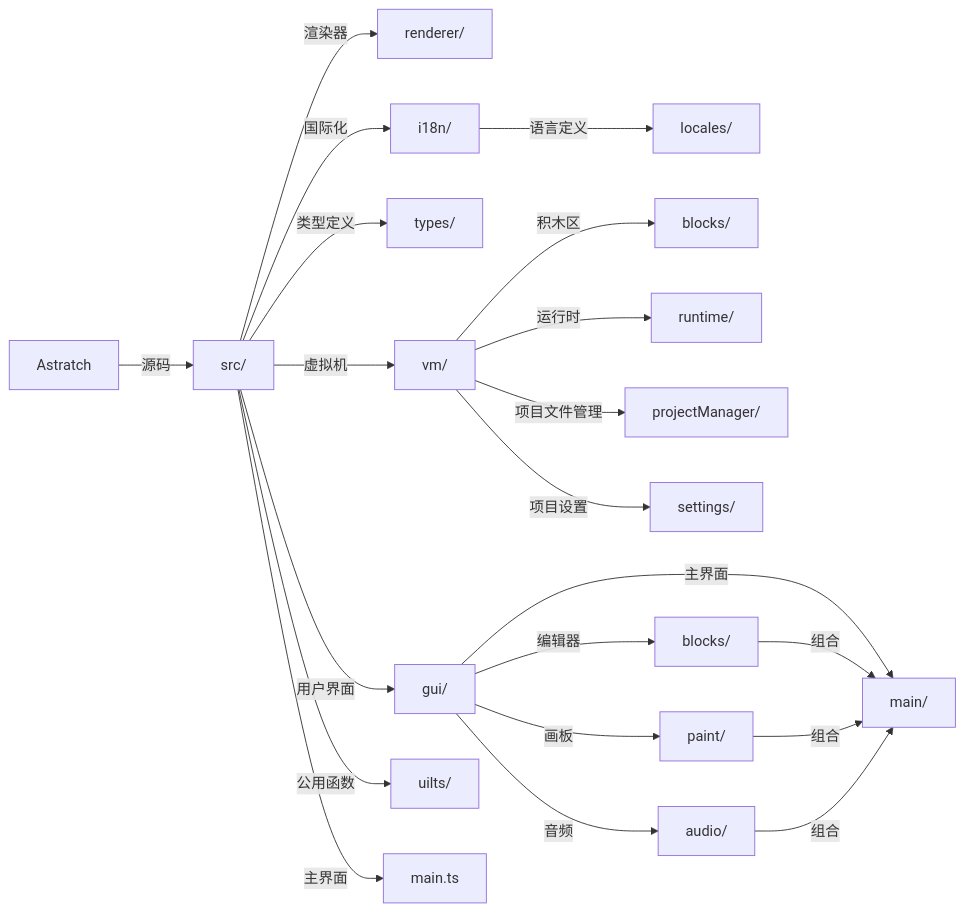
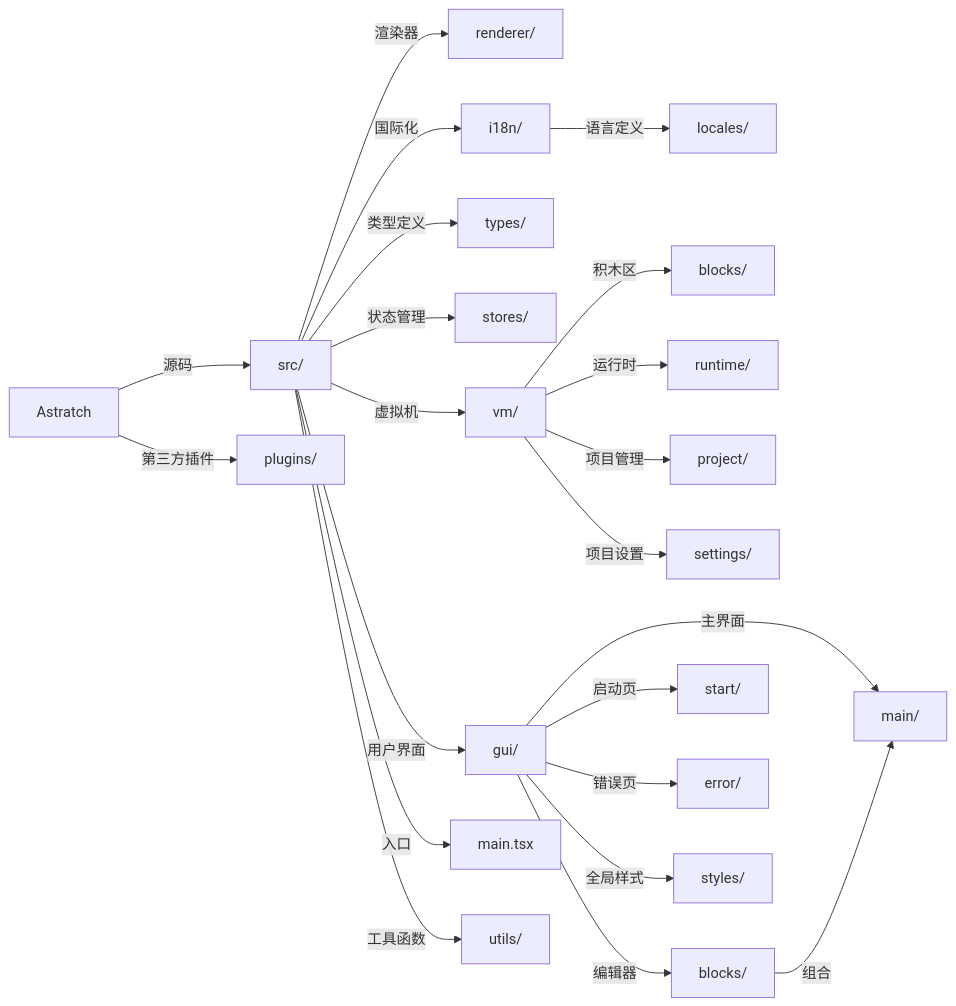
One commit to TheAstrasTeam/Astratch changed the diagram in README.md. Above: the diagram before and after it, drawn with Mermaid. The commit also changed other lines of this file and 93 other files, not shown here.

````diff
--- a/README.md
+++ b/README.md
@@ -42,28 +49,30 @@
 ```mermaid
 graph LR
         A[Astratch]
 
         A --> |源码|B[src/]
 
         B --> |渲染器|C[renderer/]
         B --> |国际化|O[i18n/]
         B --> |类型定义|TP[types/]
+        B --> |状态管理|ST[stores/]
 
         O --> |语言定义| LD[locales/]
 
         B --> |虚拟机|D[vm/]
         D --> |积木区|BLK[blocks/]
         D --> |运行时|RUNTIME[runtime/]
-        D --> |项目文件管理|PM[projectManager/]
+        D --> |项目管理|PM[project/]
         D --> |项目设置|PS[settings/]
         B --> |用户界面|E[gui/]
         E --> |主界面|K[main/]
         E --> |编辑器|G[blocks/]
-        E --> |画板|H[paint/]
-        E --> |音频|I[audio/]
+        E --> |启动页|START[start/]
+        E --> |错误页|ERR[error/]
+        E --> |全局样式|STY[styles/]
         G --> |组合| K
-        H --> |组合| K
-        I --> |组合| K
-        B --> |公用函数|F[uilts/]
-        B --> |主界面|MAIN[main.ts]
+        B --> |入口|MAIN[main.tsx]
+        B --> |工具函数|F[utils/]
+
+        A --> |第三方插件|PL[plugins/]
 ```
````
